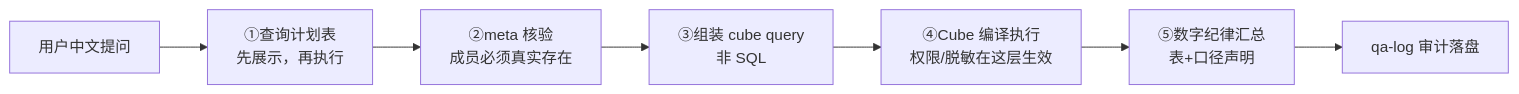
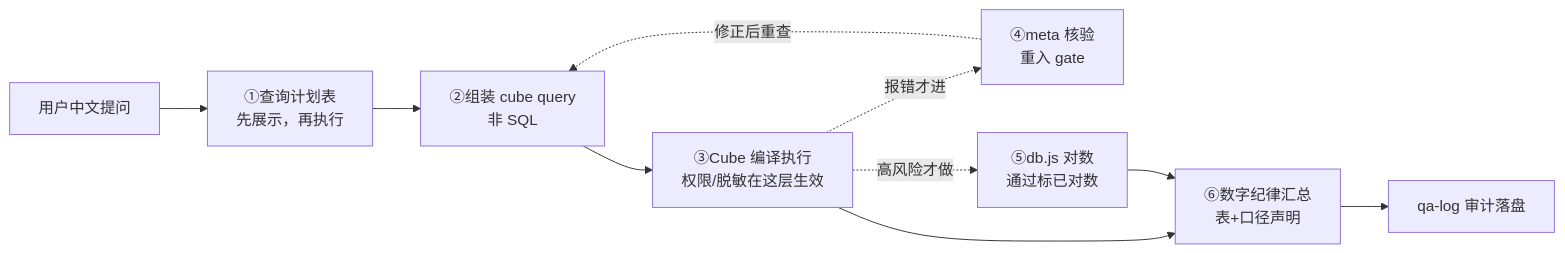
The diagram in docs/cube-dataqa-topic/01-cube-agent-ask-demo.md (HarperZheng/cube), drawn with Mermaid before and after one commit. The commit also changed other lines of this file and 15 other files, not shown here.

````diff
--- a/docs/cube-dataqa-topic/01-cube-agent-ask-demo.md
+++ b/docs/cube-dataqa-topic/01-cube-agent-ask-demo.md
@@ -31,9 +32,12 @@
 ```mermaid
 flowchart LR
     Q[用户中文提问] --> P[①查询计划表<br/>先展示，再执行]
-    P --> V[②meta 核验<br/>成员必须真实存在]
-    V --> Qry[③组装 cube query<br/>非 SQL]
-    Qry --> EXE[④Cube 编译执行<br/>权限/脱敏在这层生效]
-    EXE --> ANS[⑤数字纪律汇总<br/>表+口径声明]
+    P --> Qry[②组装 cube query<br/>非 SQL]
+    Qry --> EXE[③Cube 编译执行<br/>权限/脱敏在这层生效]
+    EXE -.报错才进.-> V[④meta 核验<br/>重入 gate]
+    V -.修正后重查.-> Qry
+    EXE -.高风险才做.-> AUD[⑤db.js 对数<br/>通过标已对数]
+    EXE --> ANS[⑥数字纪律汇总<br/>表+口径声明]
+    AUD --> ANS
     ANS --> LOG[qa-log 审计落盘]
 ```
````
